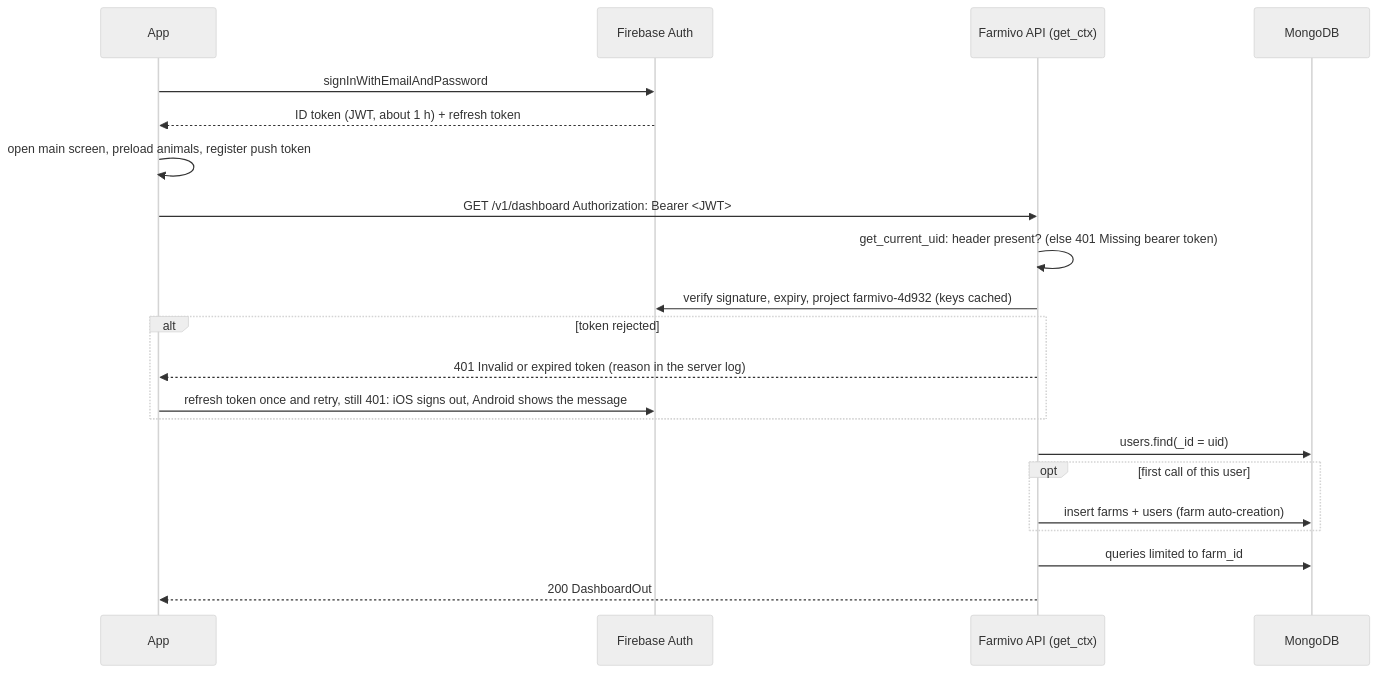
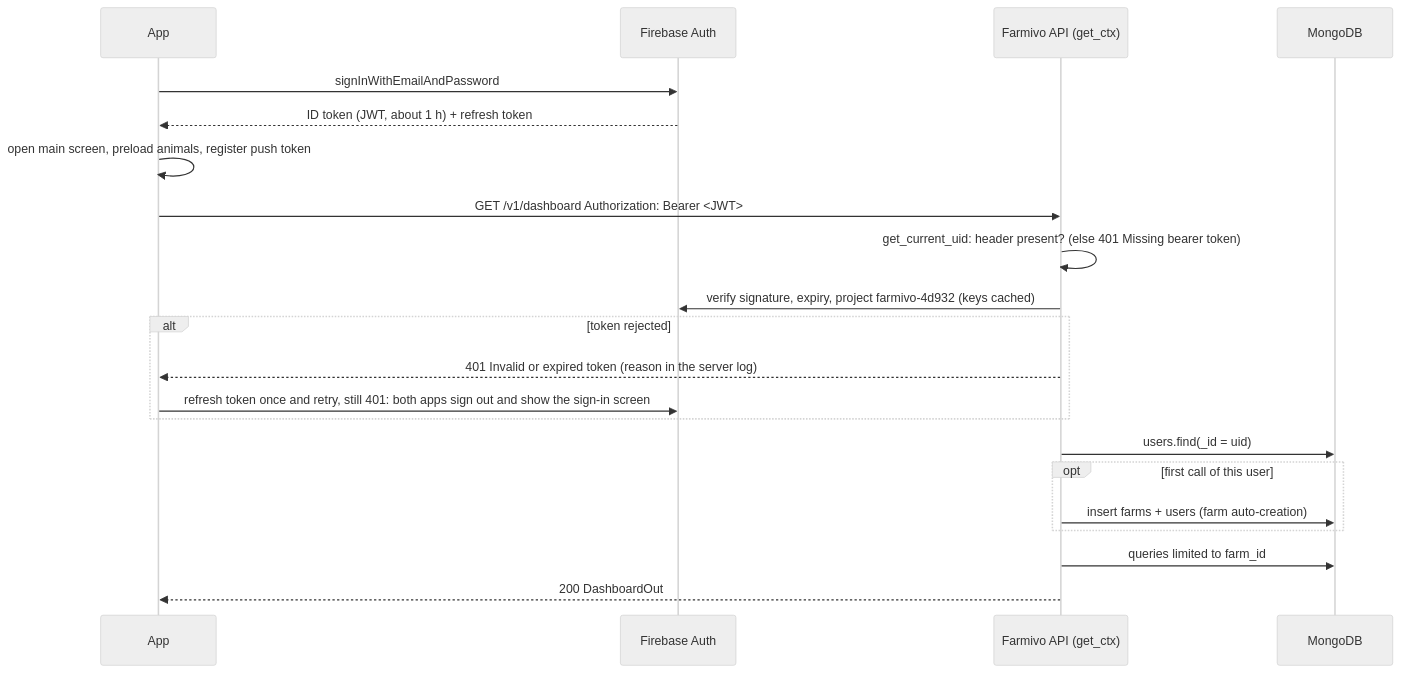
The fourth of 9 diagrams in docs/SYSTEM_GUIDE.md (haythoum/farmivo_backend), drawn with Mermaid (neutral theme) before and after one commit. The commit also changed other lines of this file, not shown here.

Commit message:
SYSTEM_GUIDE: both apps sign out on a persistent 401
Claude-Session: https://claude.ai/code/session_01XLSH4BzBp5jqE8Dhh26dGY

````diff
--- a/docs/SYSTEM_GUIDE.md
+++ b/docs/SYSTEM_GUIDE.md
@@ -116,23 +116,23 @@
 ```mermaid
 sequenceDiagram
   participant App
   participant FA as Firebase Auth
   participant API as Farmivo API (get_ctx)
   participant DB as MongoDB
   App->>FA: signInWithEmailAndPassword
   FA-->>App: ID token (JWT, about 1 h) + refresh token
   App->>App: open main screen, preload animals, register push token
   App->>API: GET /v1/dashboard  Authorization: Bearer <JWT>
   API->>API: get_current_uid: header present? (else 401 Missing bearer token)
   API->>FA: verify signature, expiry, project farmivo-4d932 (keys cached)
   alt token rejected
     API-->>App: 401 Invalid or expired token (reason in the server log)
-    App->>FA: refresh token once and retry, still 401: iOS signs out, Android shows the message
+    App->>FA: refresh token once and retry, still 401: both apps sign out and show the sign-in screen
   end
   API->>DB: users.find(_id = uid)
   opt first call of this user
     API->>DB: insert farms + users (farm auto-creation)
   end
   API->>DB: queries limited to farm_id
   API-->>App: 200 DashboardOut
 ```
````
